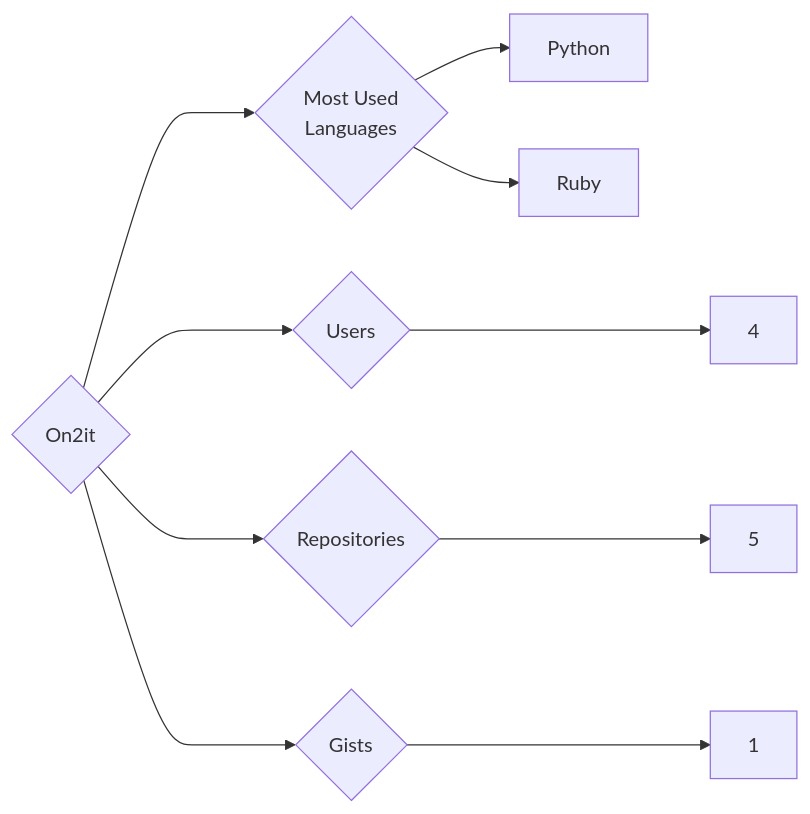
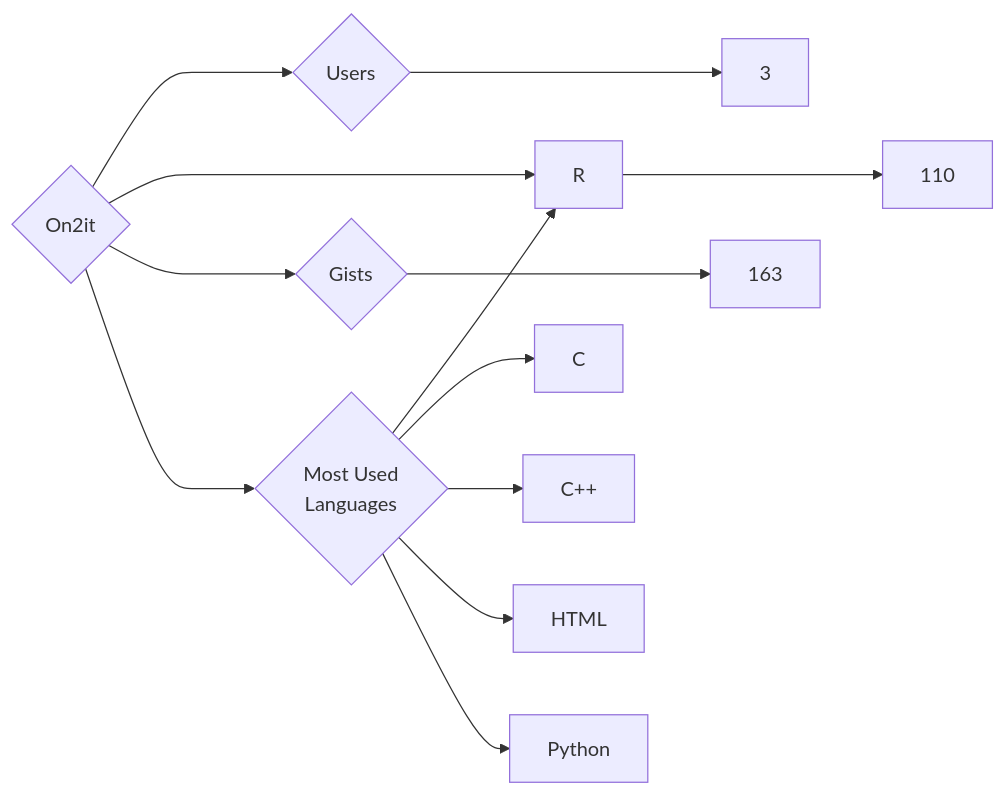
The diagram in targets/On2it/README.md (trickest/insiders), drawn with Mermaid before and after one commit. The commit also changed 964 other files, not shown here.

````diff
--- a/targets/On2it/README.md
+++ b/targets/On2it/README.md
@@ -3,10 +3,13 @@
 ```mermaid
 graph LR
 COMPANY_NAME{On2it}
-COMPANY_NAME ---> U{Users} ---> UN[4]
-COMPANY_NAME ---> R{Repositories} ---> RN[5]
-COMPANY_NAME ---> G{Gists} ---> GN[1]
+COMPANY_NAME ---> U{Users} ---> UN[3]
+COMPANY_NAME ---> R{Repositories} ---> RN[110]
+COMPANY_NAME ---> G{Gists} ---> GN[163]
 COMPANY_NAME ---> ML{Most Used<br>Languages}
+ML --> R[R]
+ML --> C[C]
+ML --> C++[C++]
+ML --> HTML[HTML]
 ML --> Python[Python]
-ML --> Ruby[Ruby]
 ```
````
